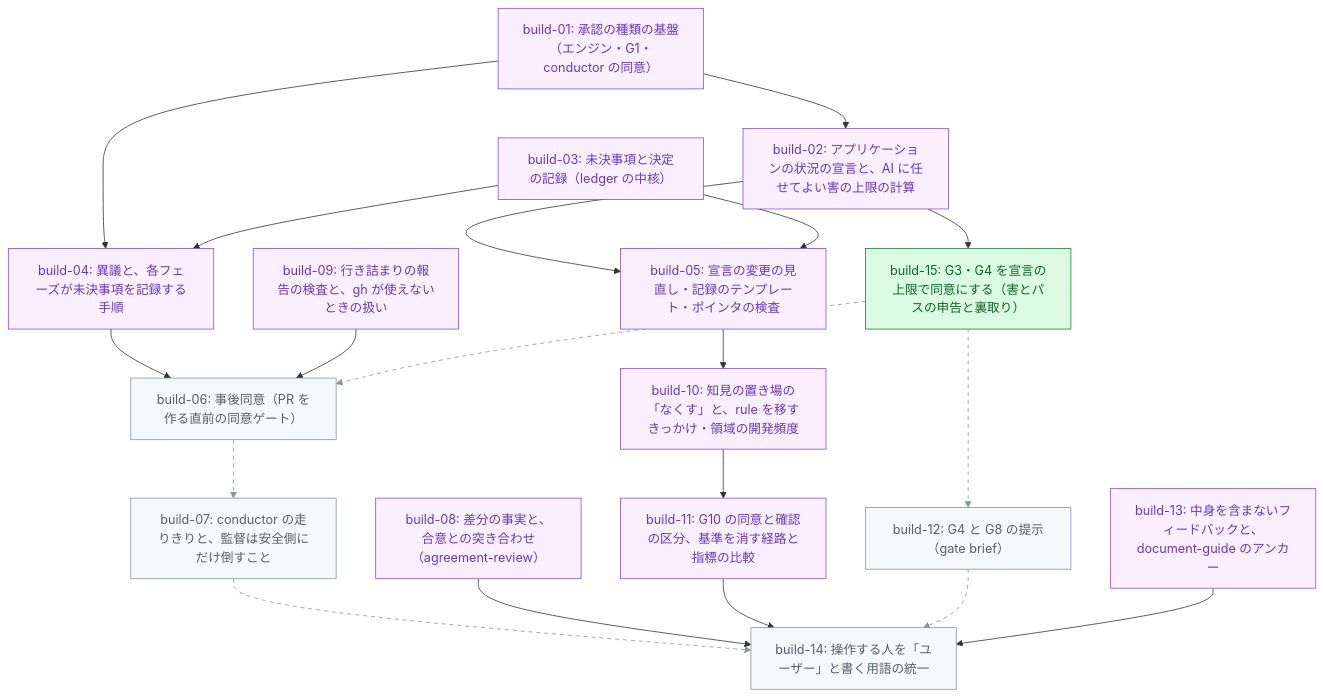
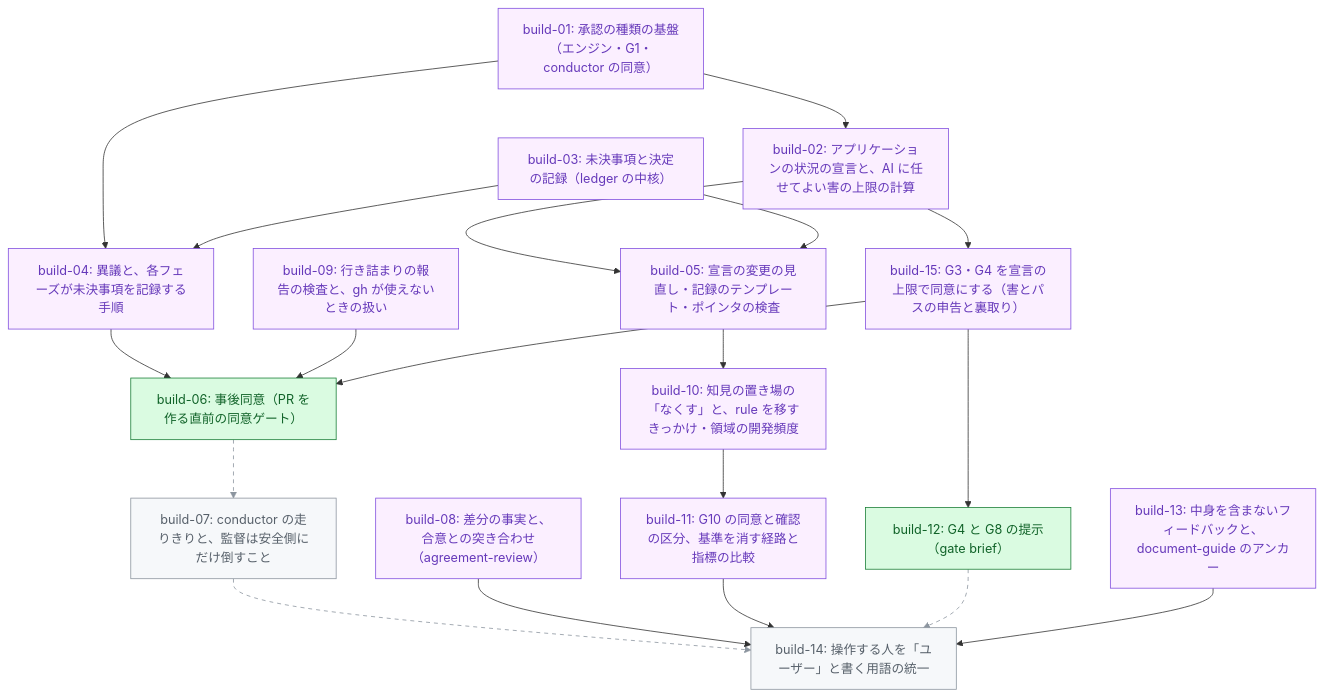
One commit to tak-solder/hikyaku changed the diagram in .hikyaku/cycles/001-v3-core-concepts/tasklist.md. Above: the diagram before and after it, drawn with Mermaid. The commit also changed other lines of this file and 1 other file, not shown here.

Commit message:
build-15: tasklist.md の PR 列を更新（#119）
Claude-Session: https://claude.ai/code/session_01RJieNbZxJTuNKqjvWpTagW

````diff
--- a/.hikyaku/cycles/001-v3-core-concepts/tasklist.md
+++ b/.hikyaku/cycles/001-v3-core-concepts/tasklist.md
@@ -30,43 +30,43 @@
 ```mermaid
 graph TD
   b01["build-01: 承認の種類の基盤（エンジン・G1・conductor の同意）"]
   b02["build-02: アプリケーションの状況の宣言と、AI に任せてよい害の上限の計算"]
   b03["build-03: 未決事項と決定の記録（ledger の中核）"]
   b04["build-04: 異議と、各フェーズが未決事項を記録する手順"]
   b05["build-05: 宣言の変更の見直し・記録のテンプレート・ポインタの検査"]
   b06["build-06: 事後同意（PR を作る直前の同意ゲート）"]
   b07["build-07: conductor の走りきりと、監督は安全側にだけ倒すこと"]
   b08["build-08: 差分の事実と、合意との突き合わせ（agreement-review）"]
   b09["build-09: 行き詰まりの報告の検査と、gh が使えないときの扱い"]
   b10["build-10: 知見の置き場の「なくす」と、rule を移すきっかけ・領域の開発頻度"]
   b11["build-11: G10 の同意と確認の区分、基準を消す経路と指標の比較"]
   b12["build-12: G4 と G8 の提示（gate brief）"]
   b13["build-13: 中身を含まないフィードバックと、document-guide のアンカー"]
   b14["build-14: 操作する人を「ユーザー」と書く用語の統一"]
   b15["build-15: G3・G4 を宣言の上限で同意にする（害とパスの申告と裏取り）"]
   b01 --> b02
   b01 --> b04
   b03 --> b04
   b02 --> b05
   b03 --> b05
   b04 --> b06
   b09 --> b06
-  b15 -.-> b06
+  b15 --> b06
   b06 -.-> b07
   b05 --> b10
   b10 --> b11
-  b15 -.-> b12
+  b15 --> b12
   b07 -.-> b14
   b08 --> b14
   b11 --> b14
   b12 -.-> b14
   b13 --> b14
   b02 --> b15
   classDef merged fill:#fbefff,stroke:#8250df,color:#6639ba
   classDef ready fill:#dafbe1,stroke:#1a7f37,color:#116329
   classDef blocked fill:#f6f8fa,stroke:#8c959f,color:#57606a
-  class b01,b02,b03,b04,b05,b08,b09,b10,b11,b13 merged
-  class b15 ready
-  class b06,b07,b12,b14 blocked
-  linkStyle 7,8,11,12,15 stroke:#8c959f,stroke-dasharray:5 5
+  class b01,b02,b03,b04,b05,b08,b09,b10,b11,b13,b15 merged
+  class b06,b12 ready
+  class b07,b14 blocked
+  linkStyle 8,12,15 stroke:#8c959f,stroke-dasharray:5 5
 ```
````
